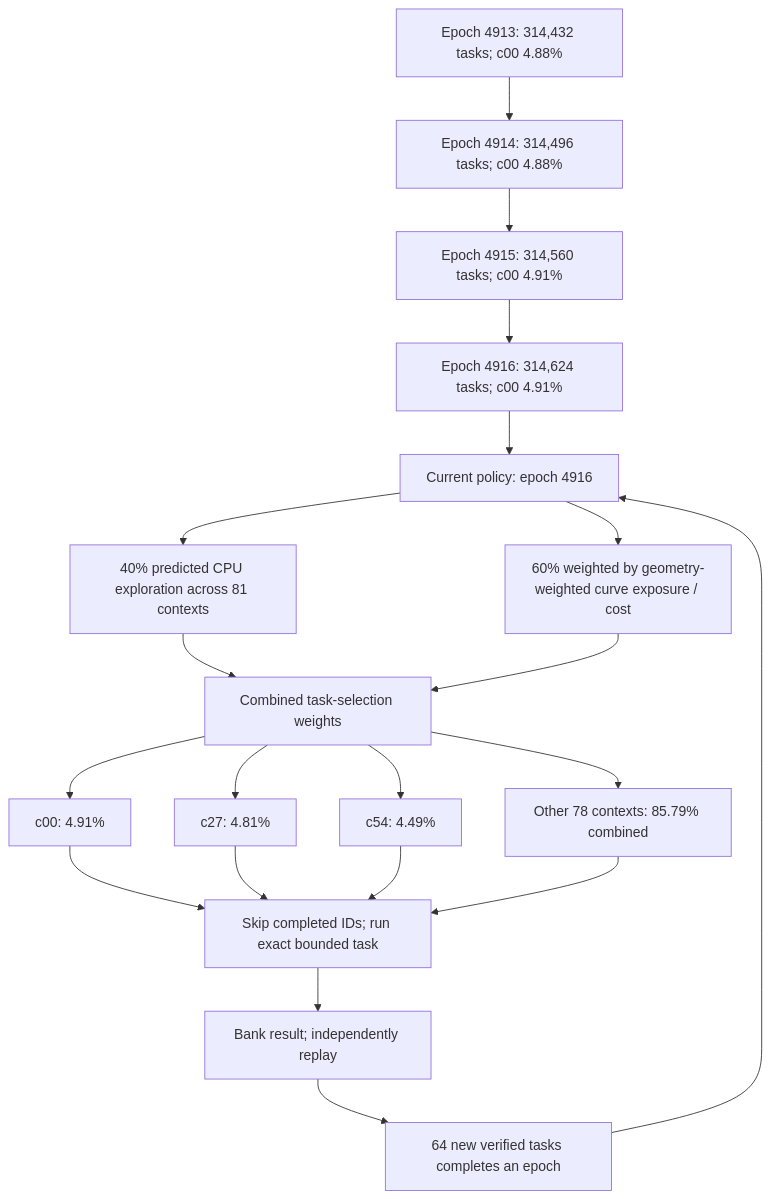
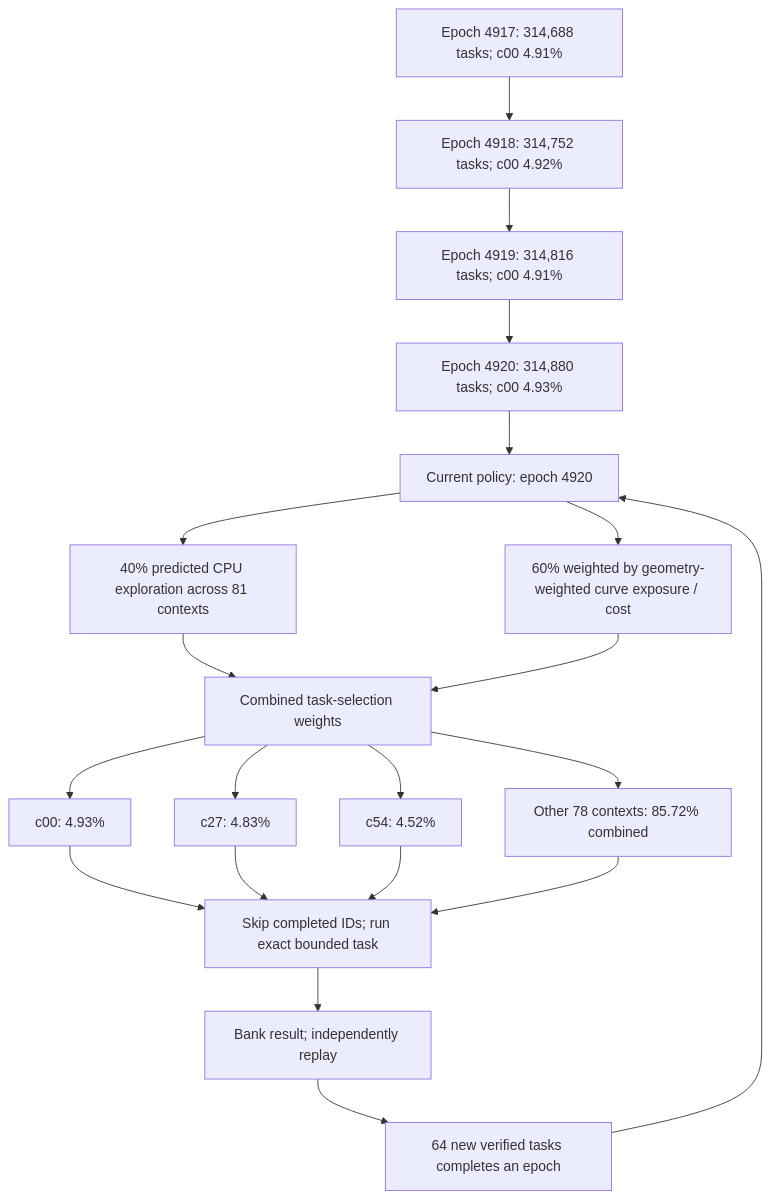
One commit to Kuberwastaken/math-gambling changed the first of 3 diagrams in README.md. Above: the diagram before and after it, drawn with Mermaid. The commit also changed other lines of this file and 846 other files, not shown here.

````diff
--- a/README.md
+++ b/README.md
@@ -60,27 +60,27 @@
 ```mermaid
 flowchart TD
-    H0["Epoch 4913: 314,432 tasks; c00 4.88%"]
-    H1["Epoch 4914: 314,496 tasks; c00 4.88%"]
+    H0["Epoch 4917: 314,688 tasks; c00 4.91%"]
+    H1["Epoch 4918: 314,752 tasks; c00 4.92%"]
     H0 --> H1
-    H2["Epoch 4915: 314,560 tasks; c00 4.91%"]
+    H2["Epoch 4919: 314,816 tasks; c00 4.91%"]
     H1 --> H2
-    H3["Epoch 4916: 314,624 tasks; c00 4.91%"]
+    H3["Epoch 4920: 314,880 tasks; c00 4.93%"]
     H2 --> H3
-    Policy["Current policy: epoch 4916"]
+    Policy["Current policy: epoch 4920"]
     H3 --> Policy
     Policy --> Explore["40% predicted CPU exploration across 81 contexts"]
     Policy --> Cost["60% weighted by geometry-weighted curve exposure / cost"]
     Explore --> Mix["Combined task-selection weights"]
     Cost --> Mix
-    Mix --> C0["c00: 4.91%"]
-    Mix --> C1["c27: 4.81%"]
-    Mix --> C2["c54: 4.49%"]
-    Mix --> Rest["Other 78 contexts: 85.79% combined"]
+    Mix --> C0["c00: 4.93%"]
+    Mix --> C1["c27: 4.83%"]
+    Mix --> C2["c54: 4.52%"]
+    Mix --> Rest["Other 78 contexts: 85.72% combined"]
     C0 --> Check["Skip completed IDs; run exact bounded task"]
     C1 --> Check
     C2 --> Check
     Rest --> Check
     Check --> Replay["Bank result; independently replay"]
     Replay --> Gate["64 new verified tasks completes an epoch"]
     Gate --> Policy
 ```
````
